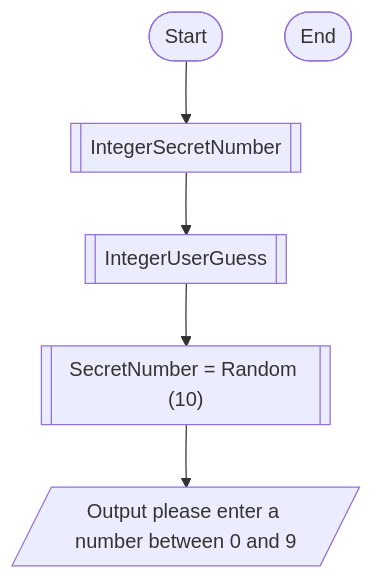
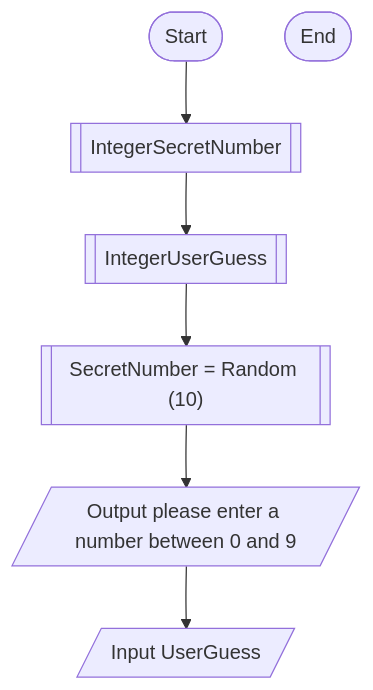
One commit to njedwards1872/njedwards1872.github.io changed the diagram in Guessing.md. Above: the diagram before and after it, drawn with Mermaid.

````diff
--- a/Guessing.md
+++ b/Guessing.md
@@ -1,12 +1,14 @@
 ```mermaid
 flowchart TD
  Start([Start]) --> 
     A@{ shape: subproc, label: "IntegerSecretNumber" } -->
     B@{ shape: subproc, label: "IntegerUserGuess" } -->
     C@{ shape: subproc, label: "SecretNumber = Random (10)" } --> 
-    D@{ shape: lean-r, label: "Output please enter a number between 0 and 9" }
+    D@{ shape: lean-r, label: "Output please enter a number between 0 and 9" } -->
+    E@{ shape: lean-r, label: "Input UserGuess" }
+
 
 
 
  End([End])
 ```
````
